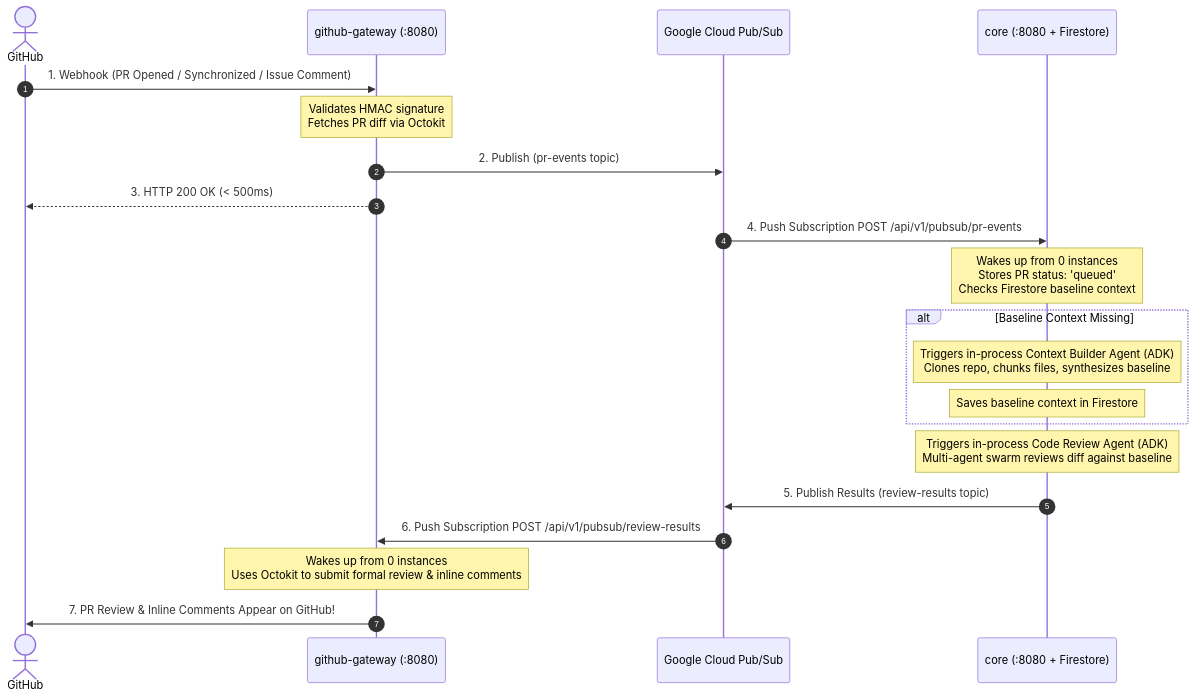
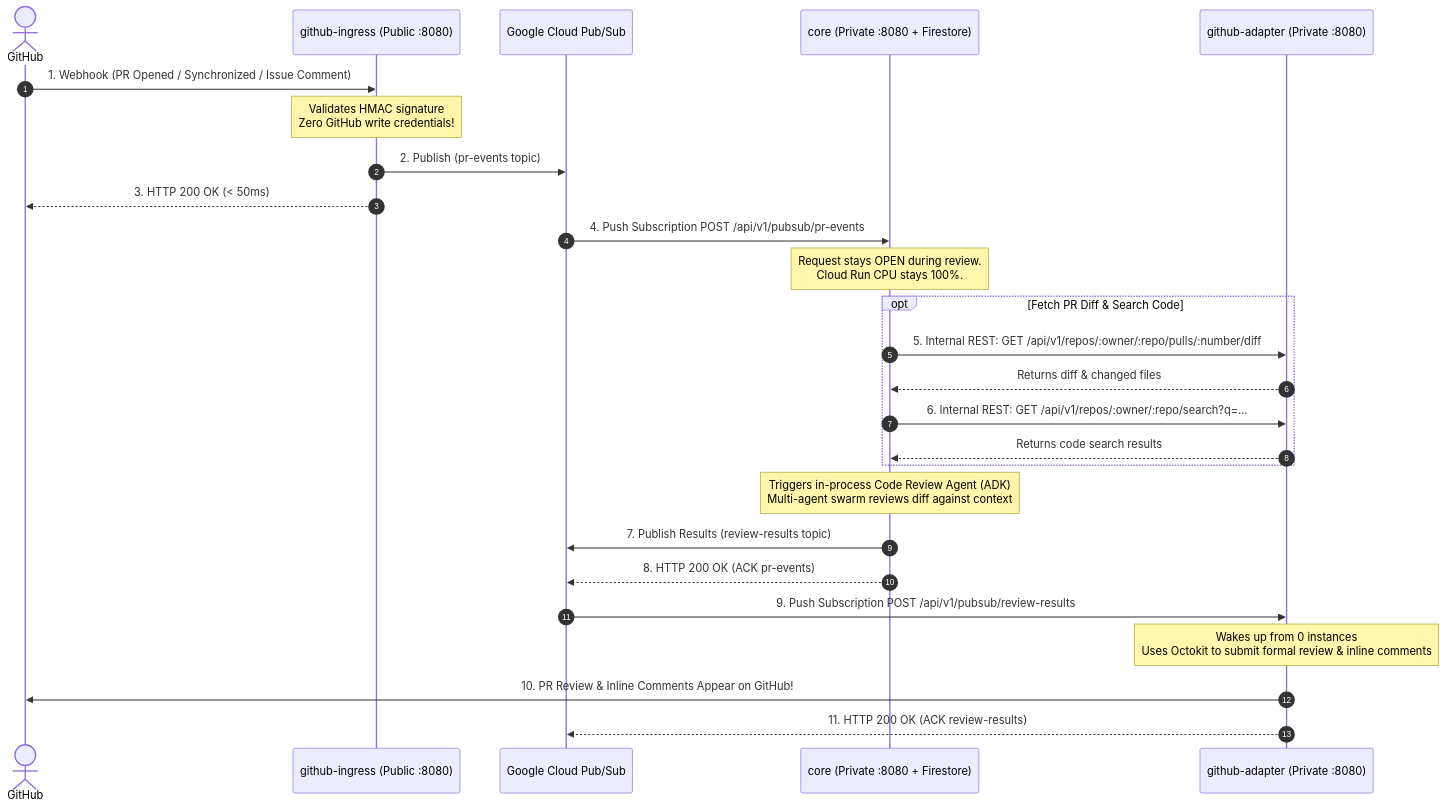
One commit to usermeme/code-review-agent changed the diagram in README.md. Above: the diagram before and after it, drawn with Mermaid. The commit also changed other lines of this file and 93 other files, not shown here.

First line of the commit message:
feat(arch): refactor into 3-service architecture (github-ingress, github-adapter, core)

````diff
--- a/README.md
+++ b/README.md
@@ -23,31 +24,37 @@
 ```mermaid
 sequenceDiagram
     autonumber
     actor GitHub
-    participant GW as github-gateway (:8080)
+    participant Ingress as github-ingress (Public :8080)
     participant Bus as Google Cloud Pub/Sub
-    participant Core as core (:8080 + Firestore)
+    participant Core as core (Private :8080 + Firestore)
+    participant Adapter as github-adapter (Private :8080)
 
     %% 1. Ingress
-    GitHub->>GW: 1. Webhook (PR Opened / Synchronized / Issue Comment)
-    Note over GW: Validates HMAC signature<br/>Fetches PR diff via Octokit
-    GW->>Bus: 2. Publish (pr-events topic)
-    GW-->>GitHub: 3. HTTP 200 OK (< 500ms)
+    GitHub->>Ingress: 1. Webhook (PR Opened / Synchronized / Issue Comment)
+    Note over Ingress: Validates HMAC signature<br/>Zero GitHub write credentials!
+    Ingress->>Bus: 2. Publish (pr-events topic)
+    Ingress-->>GitHub: 3. HTTP 200 OK (< 50ms)
 
     %% 2. Orchestration & Agents (In-process)
     Bus->>Core: 4. Push Subscription POST /api/v1/pubsub/pr-events
-    Note over Core: Wakes up from 0 instances<br/>Stores PR status: 'queued'<br/>Checks Firestore baseline context
-    alt Baseline Context Missing
-        Note over Core: Triggers in-process Context Builder Agent (ADK)<br/>Clones repo, chunks files, synthesizes baseline
-        Note over Core: Saves baseline context in Firestore
+    Note over Core: Request stays OPEN during review.<br/>Cloud Run CPU stays 100%.
+
+    opt Fetch PR Diff & Search Code
+        Core->>Adapter: 5. Internal REST: GET /api/v1/repos/:owner/:repo/pulls/:number/diff
+        Adapter-->>Core: Returns diff & changed files
+        Core->>Adapter: 6. Internal REST: GET /api/v1/repos/:owner/:repo/search?q=...
+        Adapter-->>Core: Returns code search results
     end
 
     %% 3. Code Review
-    Note over Core: Triggers in-process Code Review Agent (ADK)<br/>Multi-agent swarm reviews diff against baseline
+    Note over Core: Triggers in-process Code Review Agent (ADK)<br/>Multi-agent swarm reviews diff against context
 
     %% 4. Review Completion & Egress
-    Core->>Bus: 5. Publish Results (review-results topic)
-    Bus->>GW: 6. Push Subscription POST /api/v1/pubsub/review-results
-    Note over GW: Wakes up from 0 instances<br/>Uses Octokit to submit formal review & inline comments
-    GW->>GitHub: 7. PR Review & Inline Comments Appear on GitHub!
+    Core->>Bus: 7. Publish Results (review-results topic)
+    Core-->>Bus: 8. HTTP 200 OK (ACK pr-events)
+    Bus->>Adapter: 9. Push Subscription POST /api/v1/pubsub/review-results
+    Note over Adapter: Wakes up from 0 instances<br/>Uses Octokit to submit formal review & inline comments
+    Adapter->>GitHub: 10. PR Review & Inline Comments Appear on GitHub!
+    Adapter-->>Bus: 11. HTTP 200 OK (ACK review-results)
 ```
````
